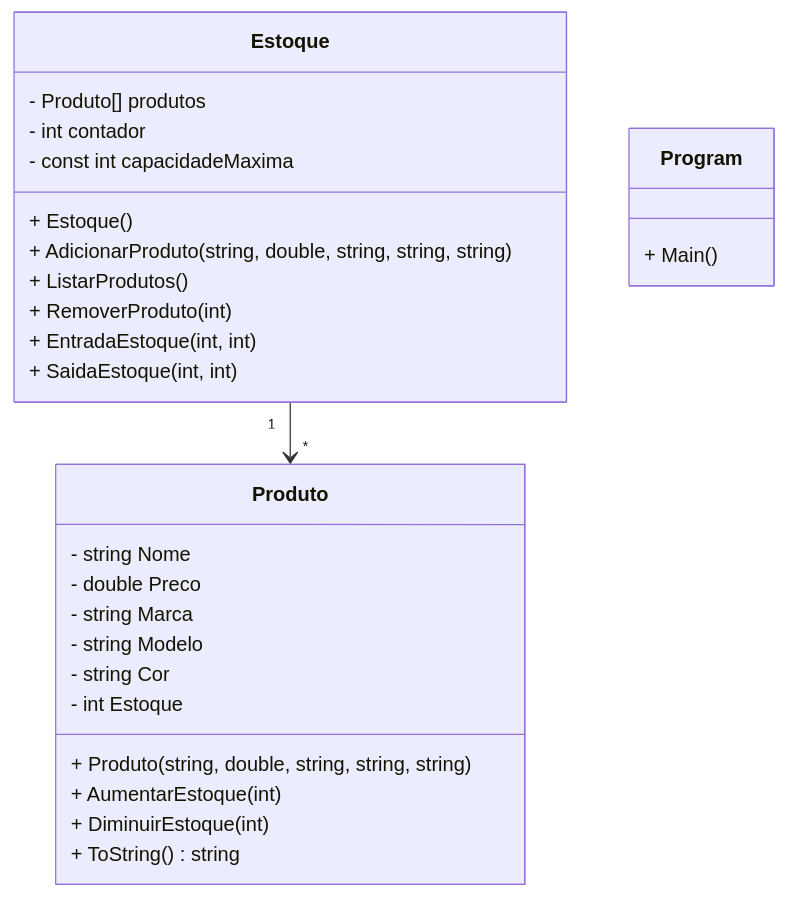
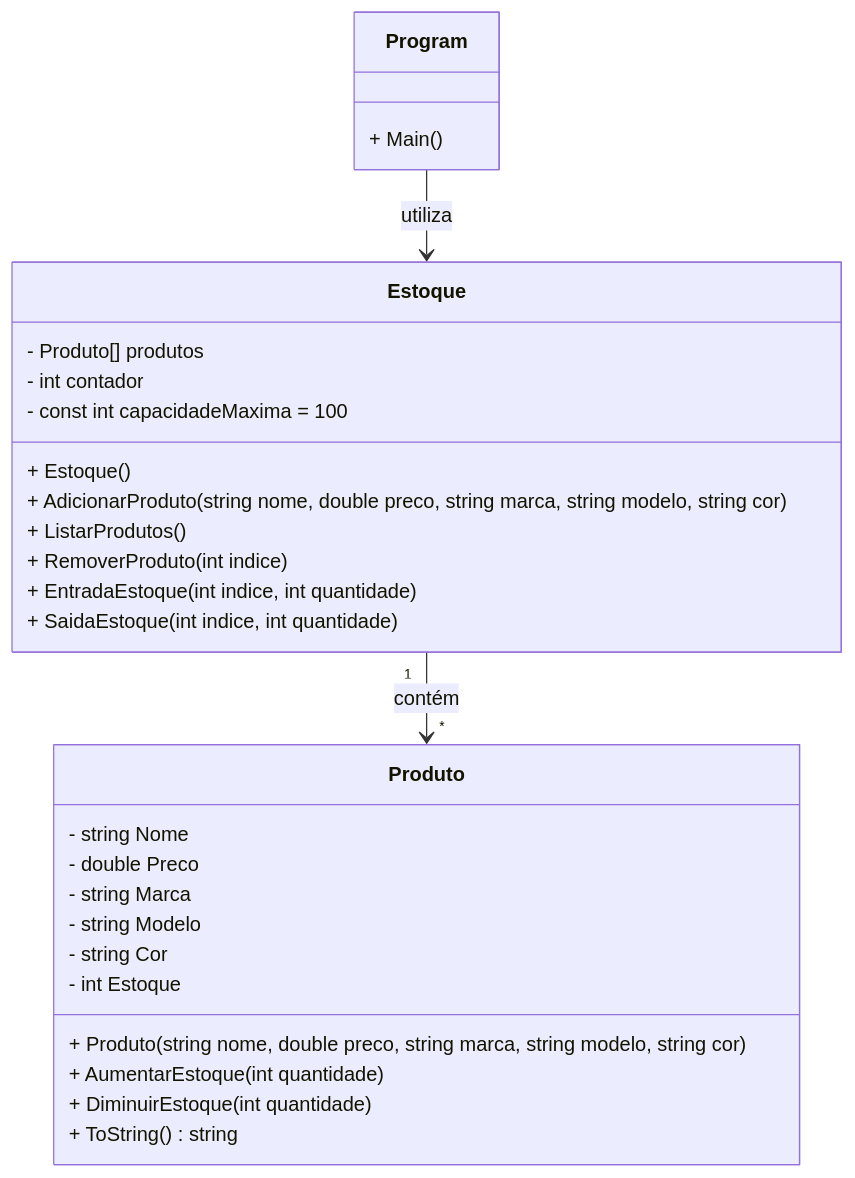
Before and after one commit to AlexandreGarciaJr/PTI-loja-celular: the diagram in Readme.MD, drawn with Mermaid.

````diff
--- a/Readme.MD
+++ b/Readme.MD
@@ -18,33 +18,37 @@
 ```mermaid
 classDiagram
+    direction TB
+
     class Produto {
         - string Nome
         - double Preco
         - string Marca
         - string Modelo
         - string Cor
         - int Estoque
-        + Produto(string, double, string, string, string)
-        + AumentarEstoque(int)
-        + DiminuirEstoque(int)
+        + Produto(string nome, double preco, string marca, string modelo, string cor)
+        + AumentarEstoque(int quantidade)
+        + DiminuirEstoque(int quantidade)
         + ToString() string
     }
 
     class Estoque {
         - Produto[] produtos
         - int contador
-        - const int capacidadeMaxima
+        - const int capacidadeMaxima = 100
         + Estoque()
-        + AdicionarProduto(string, double, string, string, string)
+        + AdicionarProduto(string nome, double preco, string marca, string modelo, string cor)
         + ListarProdutos()
-        + RemoverProduto(int)
-        + EntradaEstoque(int, int)
-        + SaidaEstoque(int, int)
+        + RemoverProduto(int indice)
+        + EntradaEstoque(int indice, int quantidade)
+        + SaidaEstoque(int indice, int quantidade)
     }
 
     class Program {
         + Main()
     }
 
-    Estoque "1" --> "*" Produto
+    %% Relacionamentos
+    Estoque "1" --> "*" Produto : contém
+    Program --> Estoque : utiliza
 ```
````
